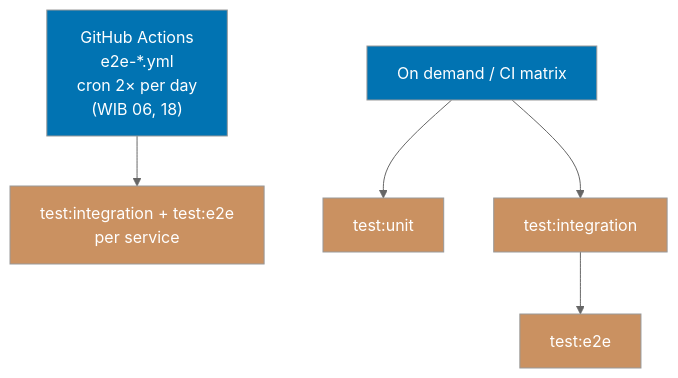
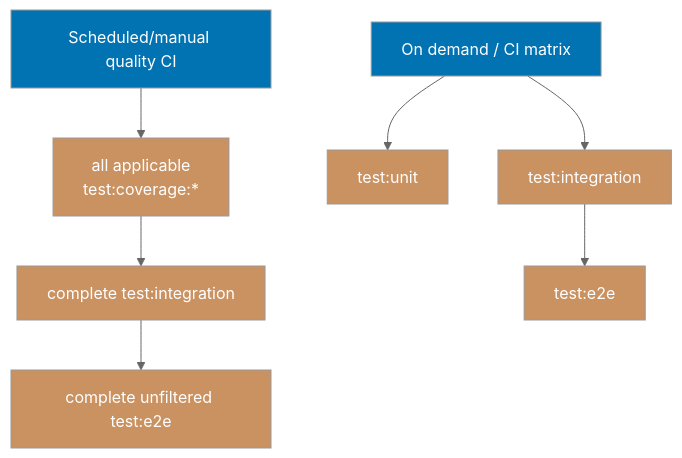
The second of 2 diagrams in repo-governance/development/infra/nx-targets/execution-model.md (wahidyankf/open-sharia-fintech), drawn with Mermaid (neutral theme) before and after one commit. The commit also changed other lines of this file and 2403 other files, not shown here.

````diff
--- a/repo-governance/development/infra/nx-targets/execution-model.md
+++ b/repo-governance/development/infra/nx-targets/execution-model.md
@@ -73,15 +61,19 @@
 ```mermaid
 flowchart TD
-    H2["GitHub Actions<br/>e2e-*.yml<br/>cron 2× per day<br/>(WIB 06, 18)"] --> I2["test:integration + test:e2e<br/>per service"]
+    H2["Scheduled/manual quality CI"] --> C2["all applicable<br/>test:coverage:*"]
+    C2 --> I2["complete test:integration"]
+    I2 --> E2["complete unfiltered test:e2e"]
 
     J[On demand / CI matrix] --> K[test:unit]
     J --> L[test:integration]
     L --> M[test:e2e]
 
     style H2 fill:#0173B2,color:#fff
+    style C2 fill:#CA9161,color:#fff
     style I2 fill:#CA9161,color:#fff
+    style E2 fill:#CA9161,color:#fff
     style J fill:#0173B2,color:#fff
     style K fill:#CA9161,color:#fff
     style L fill:#CA9161,color:#fff
     style M fill:#CA9161,color:#fff
 ```
````
